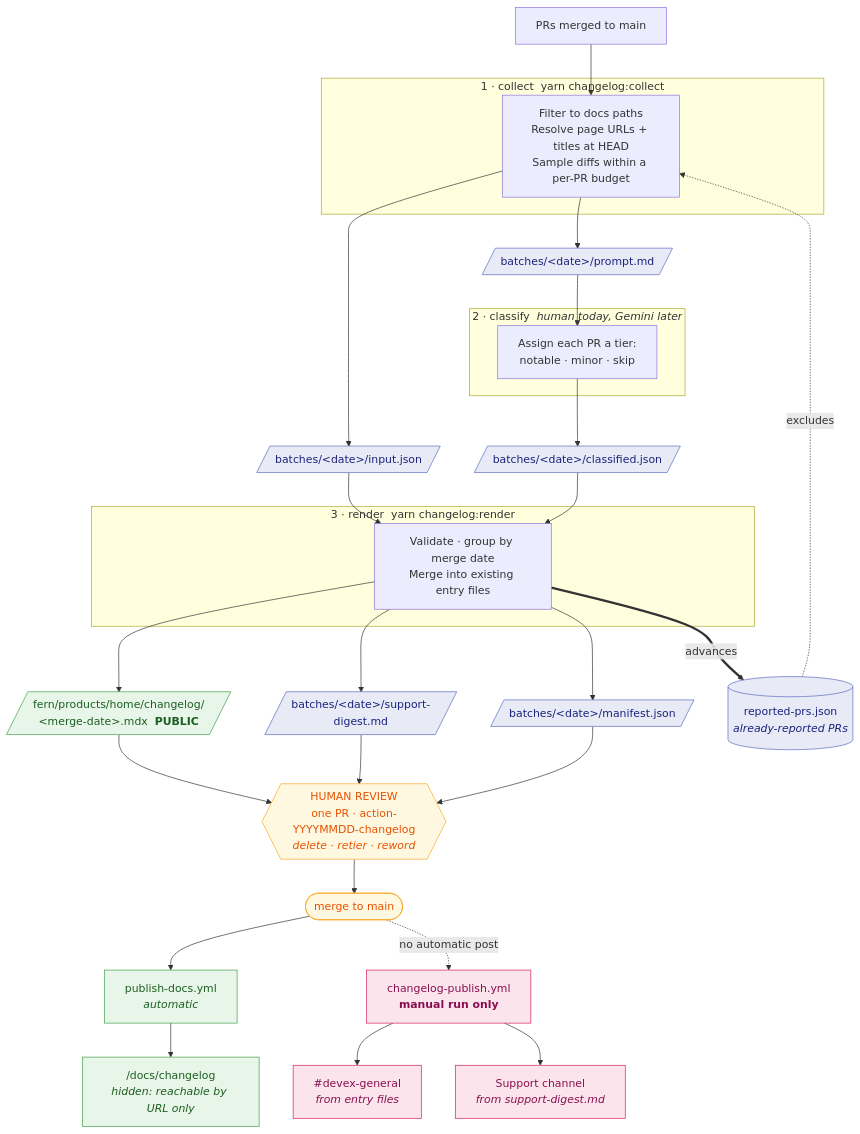
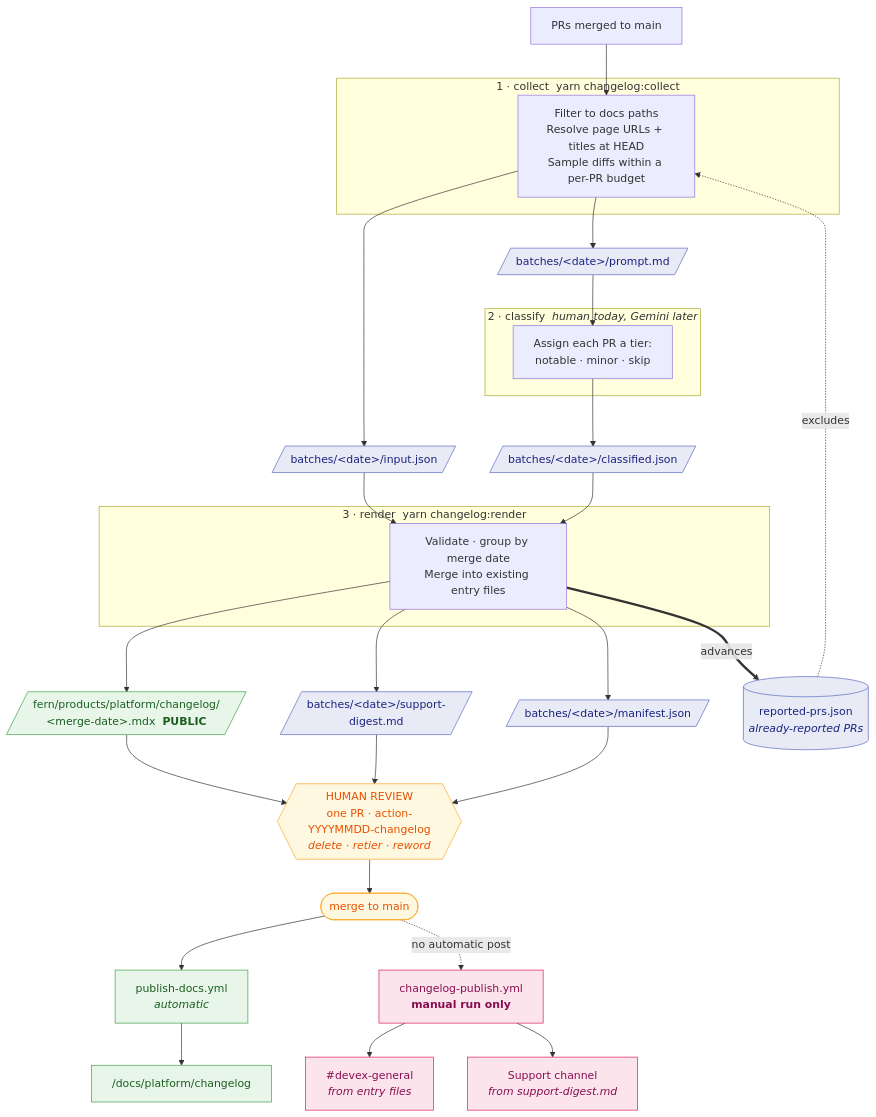
Before and after one commit to signalwire/docs: the diagram in .github/changelog-state/README.md, drawn with Mermaid. The commit also changed other lines of this file and 6 other files, not shown here.

````diff
--- a/.github/changelog-state/README.md
+++ b/.github/changelog-state/README.md
@@ -12,53 +14,53 @@
 ```mermaid
 flowchart TD
     PRs["PRs merged to main"] --> Collect
 
     subgraph S1["1 · collect &nbsp;yarn changelog:collect"]
         Collect["Filter to docs paths<br/>Resolve page URLs + titles at HEAD<br/>Sample diffs within a per-PR budget"]
     end
 
     Ledger[("reported-prs.json<br/><i>already-reported PRs</i>")] -.->|"excludes"| Collect
     Collect --> Input[/"batches/&lt;date&gt;/input.json"/]
     Collect --> Prompt[/"batches/&lt;date&gt;/prompt.md"/]
 
     subgraph S2["2 · classify &nbsp;<i>human today, Gemini later</i>"]
         Classify["Assign each PR a tier:<br/>notable · minor · skip"]
     end
 
     Prompt --> Classify
     Classify --> Classified[/"batches/&lt;date&gt;/classified.json"/]
 
     subgraph S3["3 · render &nbsp;yarn changelog:render"]
         Render["Validate · group by merge date<br/>Merge into existing entry files"]
     end
 
     Input --> Render
     Classified --> Render
 
-    Render --> Entries[/"fern/products/home/changelog/<br/>&lt;merge-date&gt;.mdx &nbsp;<b>PUBLIC</b>"/]
+    Render --> Entries[/"fern/products/platform/changelog/<br/>&lt;merge-date&gt;.mdx &nbsp;<b>PUBLIC</b>"/]
     Render --> Support[/"batches/&lt;date&gt;/support-digest.md"/]
     Render --> Manifest[/"batches/&lt;date&gt;/manifest.json"/]
     Render ==>|"advances"| Ledger
 
     Entries --> Review
     Support --> Review
     Manifest --> Review
 
     Review{{"HUMAN REVIEW<br/>one PR · action-YYYYMMDD-changelog<br/><i>delete · retier · reword</i>"}} --> Merge(["merge to main"])
 
     Merge --> Deploy["publish-docs.yml<br/><i>automatic</i>"]
-    Deploy --> Live["/docs/changelog<br/><i>hidden: reachable by URL only</i>"]
+    Deploy --> Live["/docs/platform/changelog"]
 
     Merge -.->|"no automatic post"| Manual
     Manual["changelog-publish.yml<br/><b>manual run only</b>"] --> Devex["#devex-general<br/><i>from entry files</i>"]
     Manual --> Sup["Support channel<br/><i>from support-digest.md</i>"]
 
     classDef state fill:#e8eaf6,stroke:#5c6bc0,color:#1a237e
     classDef public fill:#e8f5e9,stroke:#43a047,color:#1b5e20
     classDef gate fill:#fff8e1,stroke:#f9a825,color:#e65100
     classDef manual fill:#fce4ec,stroke:#d81b60,color:#880e4f
     class Input,Prompt,Classified,Support,Manifest,Ledger state
     class Entries,Live,Deploy public
     class Review,Merge gate
     class Manual,Devex,Sup manual
 ```
````
